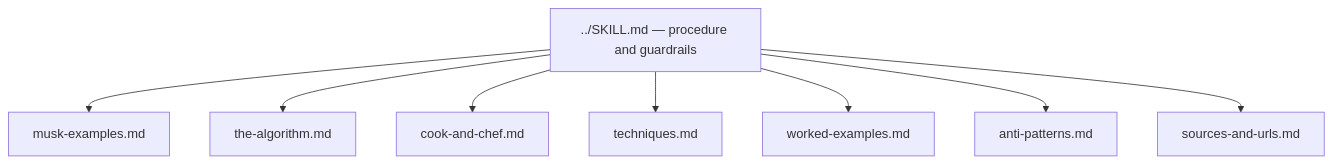
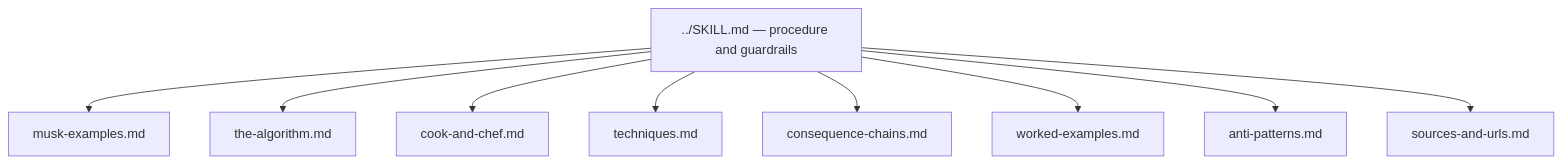
Before and after one commit to diaryofamademan/skills: the diagram in first-principles-thinking/references/README.md, drawn with Mermaid. The commit also changed other lines of this file and 6 other files, not shown here.

First line of the commit message:
first-principles-thinking v1.5.0: run the echo (second-order consequences)

````diff
--- a/first-principles-thinking/references/README.md
+++ b/first-principles-thinking/references/README.md
@@ -5,11 +5,12 @@
 ```mermaid
 flowchart TB
   SKILL["../SKILL.md — procedure and guardrails"]
   SKILL --> MUSK["musk-examples.md"]
   SKILL --> ALGO["the-algorithm.md"]
   SKILL --> COOK["cook-and-chef.md"]
   SKILL --> TECH["techniques.md"]
+  SKILL --> ECHO["consequence-chains.md"]
   SKILL --> WORK["worked-examples.md"]
   SKILL --> ANTI["anti-patterns.md"]
   SKILL --> SRC["sources-and-urls.md"]
 ```
````
